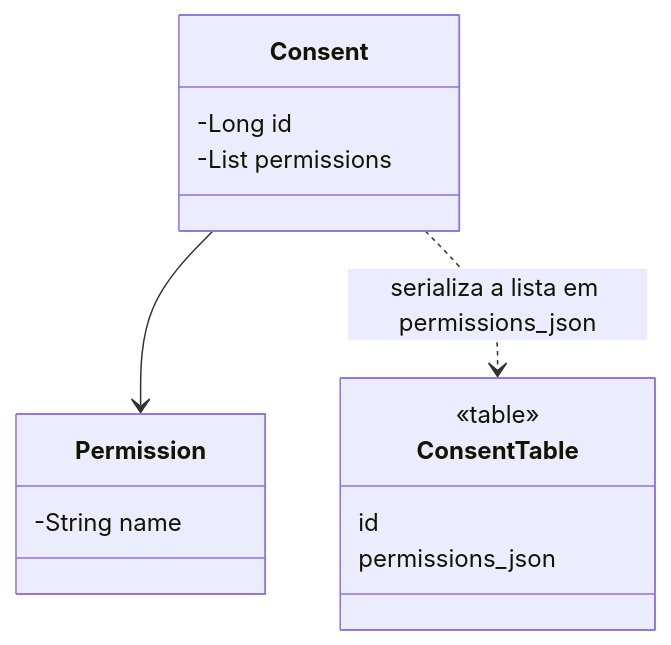
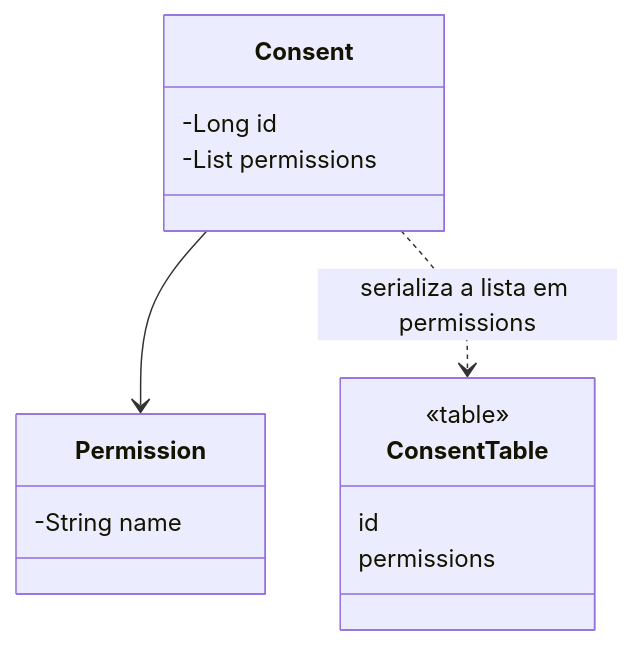
Before and after one commit to alancesar/design-patterns: the diagram in docs/design/poeaa/object-relational-structural/serialized-lob.md, drawn with Mermaid. The commit also changed other lines of this file and 28 other files, not shown here.

Commit message:
Fix PoEAA review findings: gateway example bug, diagrams aligned with code

````diff
--- a/docs/design/poeaa/object-relational-structural/serialized-lob.md
+++ b/docs/design/poeaa/object-relational-structural/serialized-lob.md
@@ -53,17 +53,17 @@
 ```mermaid
 classDiagram
     class Consent {
         -Long id
         -List permissions
     }
     class Permission {
         -String name
     }
     class ConsentTable {
         <<table>>
         id
-        permissions_json
+        permissions
     }
     Consent --> Permission
-    Consent ..> ConsentTable : serializa a lista em permissions_json
+    Consent ..> ConsentTable : serializa a lista em permissions
 ```
````
